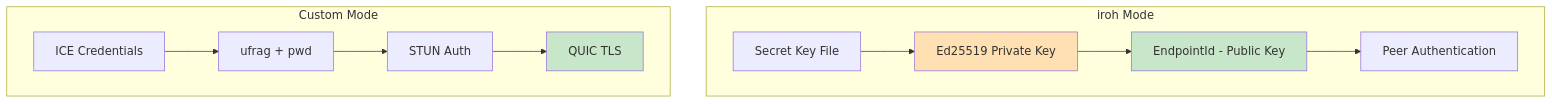
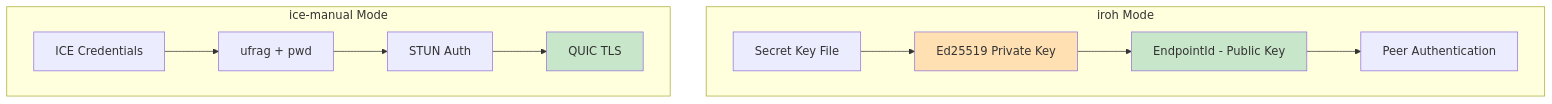
One commit to andrewtheguy/vpn-rs changed diagram 28 of 36 in docs/ARCHITECTURE.md. Above: the diagram before and after it, drawn with Mermaid. The commit also changed other lines of this file, not shown here.

Commit message:
refactor: correct naming inconsistencies for ice-nostr and ice-manual modes in architecture documentation

````diff
--- a/docs/ARCHITECTURE.md
+++ b/docs/ARCHITECTURE.md
@@ -1193,18 +1193,18 @@
 ```mermaid
 graph TB
     subgraph "iroh Mode"
         A[Secret Key File] --> B[Ed25519 Private Key]
         B --> C[EndpointId - Public Key]
         C --> D[Peer Authentication]
     end
 
-    subgraph "Custom Mode"
+    subgraph "ice-manual Mode"
         H[ICE Credentials] --> I[ufrag + pwd]
         I --> J[STUN Auth]
         J --> K[QUIC TLS]
     end
 
     style B fill:#FFE0B2
     style C fill:#C8E6C9
     style K fill:#C8E6C9
 ```
````
